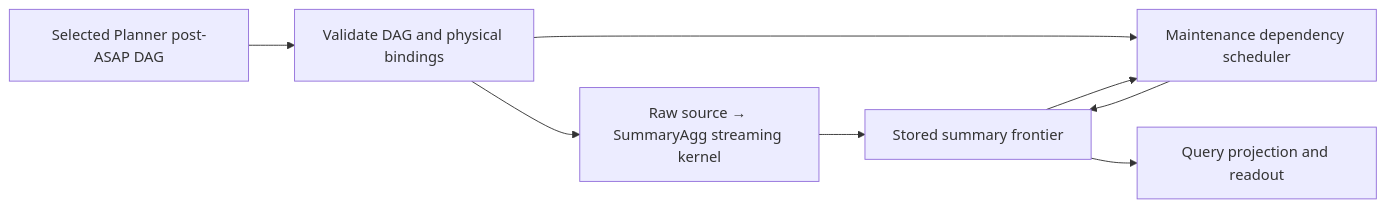
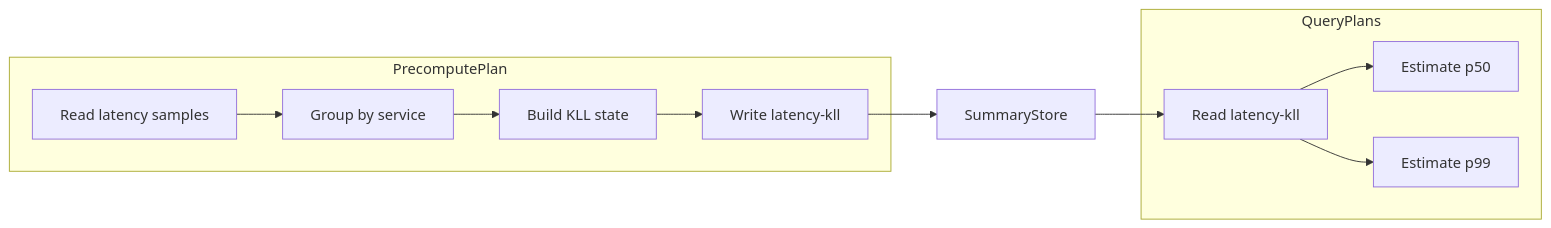
One commit to ProjectASAP/ASAPQuery-backend changed the first of 3 diagrams in docs/design_docs/precompute-dag-execution.md. Above: the diagram before and after it, drawn with Mermaid. The commit also changed other lines of this file and 87 other files, not shown here.

````diff
--- a/docs/design_docs/precompute-dag-execution.md
+++ b/docs/design_docs/precompute-dag-execution.md
@@ -7,10 +38,14 @@
 ```mermaid
 flowchart LR
-  P[Selected Planner post-ASAP DAG] --> I[Validate DAG and physical bindings]
-  I --> R[Raw source → SummaryAgg streaming kernel]
-  I --> M[Maintenance dependency scheduler]
-  R --> S[Stored summary frontier]
-  S --> M
-  S --> Q[Query projection and readout]
-  M --> S
+  subgraph P[PrecomputePlan]
+    I[Read latency samples] --> G[Group by service]
+    G --> K[Build KLL state]
+    K --> W[Write latency-kll]
+  end
+  W --> S[SummaryStore]
+  subgraph Q[QueryPlans]
+    R[Read latency-kll] --> P50[Estimate p50]
+    R --> P99[Estimate p99]
+  end
+  S --> R
 ```
````
